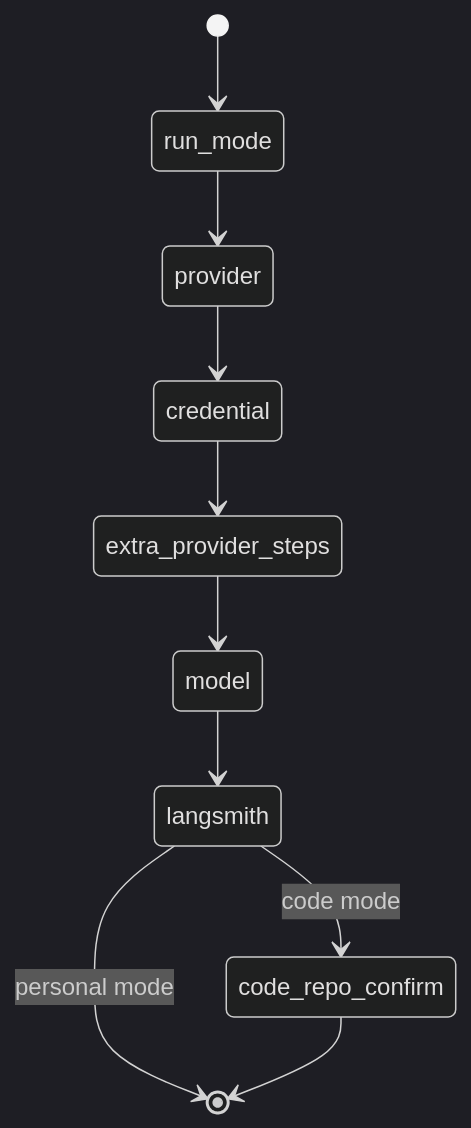
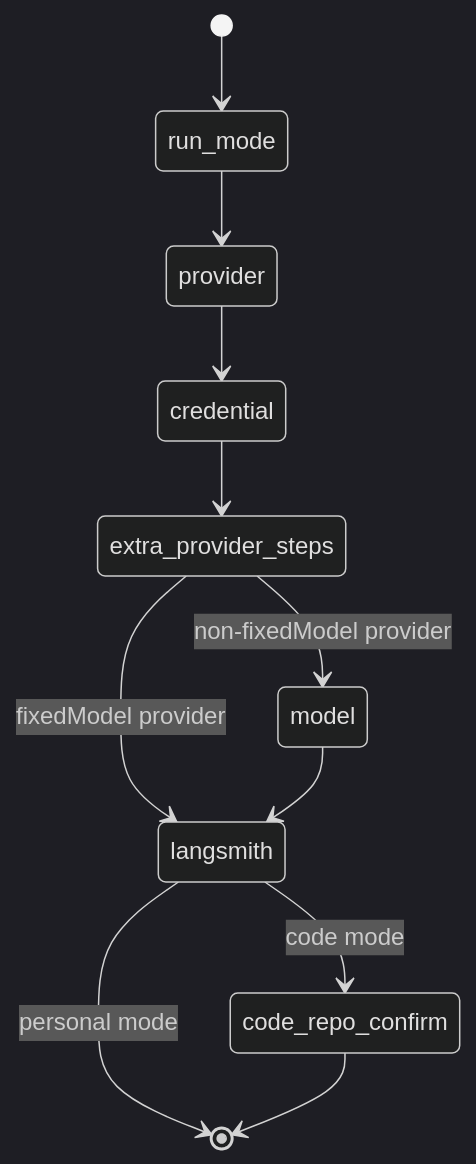
One commit to langchain-ai/openwiki changed the second of 2 diagrams in openwiki/workflows/onboarding.md. Above: the diagram before and after it, drawn with Mermaid (dark theme). The commit also changed other lines of this file and 30 other files, not shown here.

````diff
--- a/openwiki/workflows/onboarding.md
+++ b/openwiki/workflows/onboarding.md
@@ -137,12 +147,13 @@
 ```mermaid
 stateDiagram-v2
   [*] --> run_mode
   run_mode --> provider
   provider --> credential
   credential --> extra_provider_steps
-  extra_provider_steps --> model
+  extra_provider_steps --> model: non-fixedModel provider
+  extra_provider_steps --> langsmith: fixedModel provider
   model --> langsmith
   langsmith --> code_repo_confirm: code mode
   langsmith --> [*]: personal mode
   code_repo_confirm --> [*]
 ```
````
